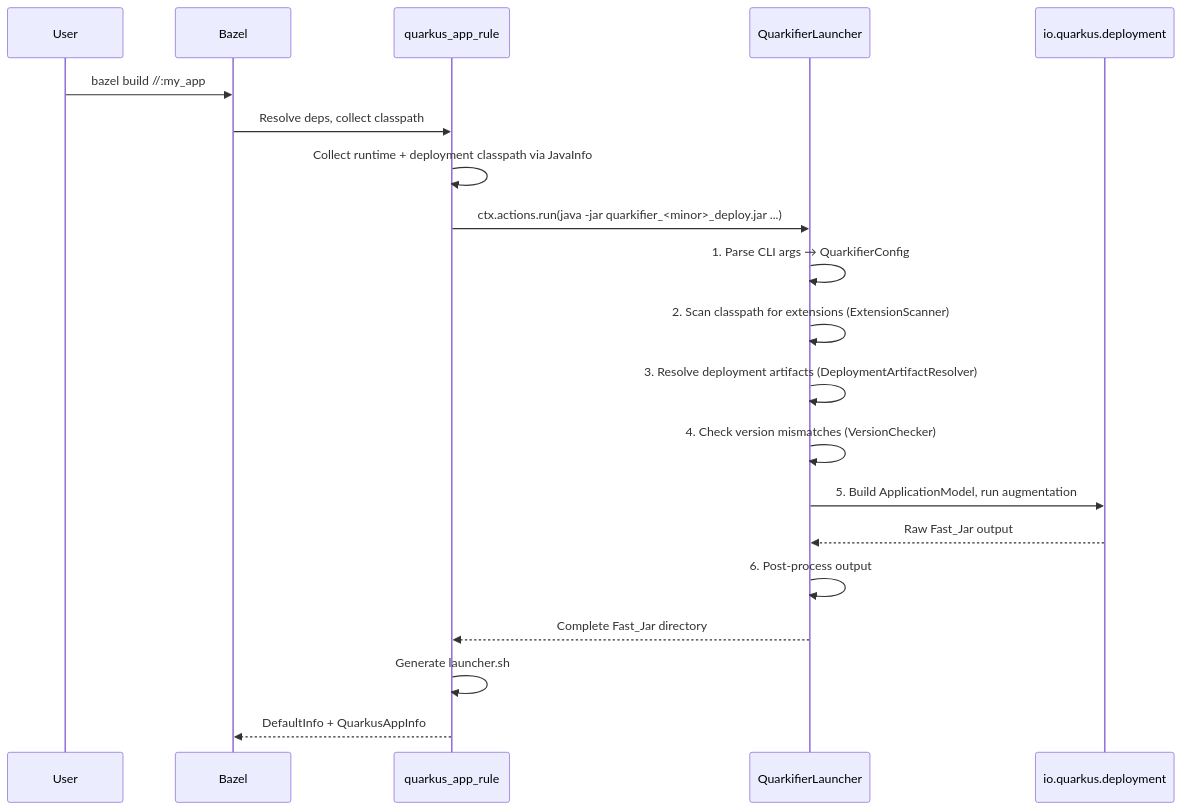
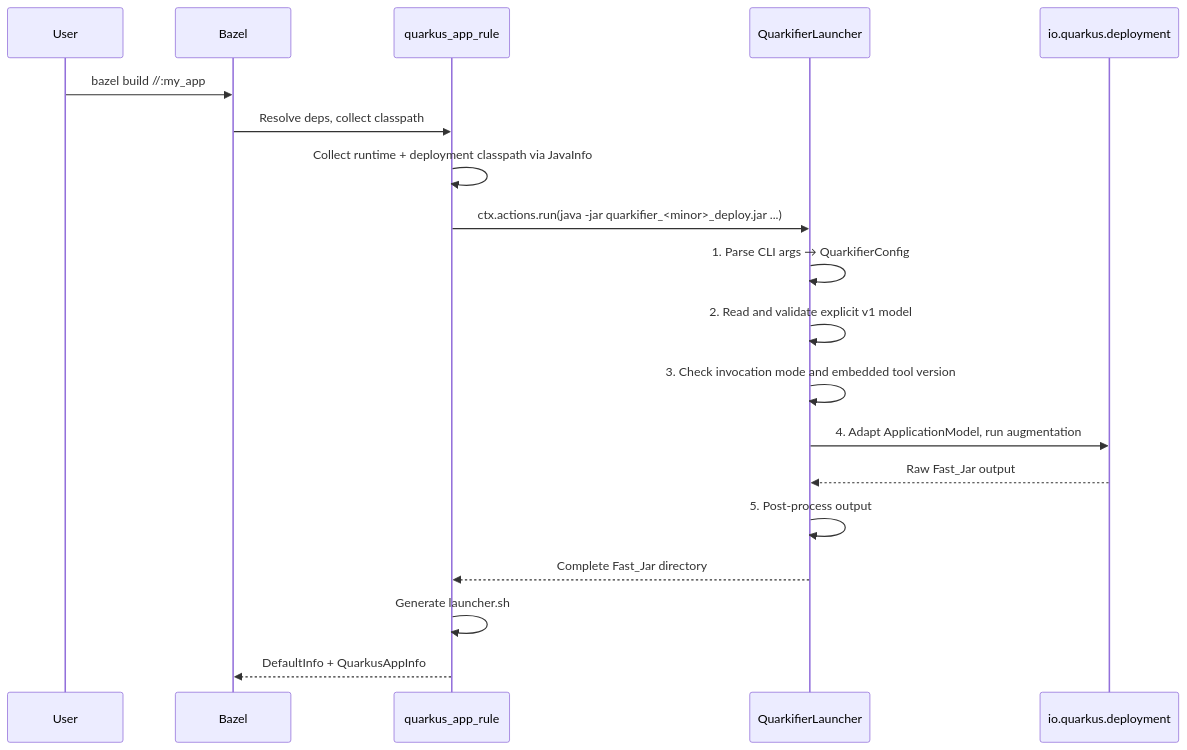
Before and after one commit to clementguillot/rules_quarkus: the second of 2 diagrams in docs/architecture.md, drawn with Mermaid. The commit also changed other lines of this file and 86 other files, not shown here.

First line of the commit message:
feat: replace inferred `ApplicationModel` with explicit Bazel dependency graph (#140)

````diff
--- a/docs/architecture.md
+++ b/docs/architecture.md
@@ -90,23 +112,22 @@
 ```mermaid
 sequenceDiagram
     participant User
     participant Bazel
     participant quarkus_app_rule
     participant Quarkifier as QuarkifierLauncher
     participant QuarkusAPI as io.quarkus.deployment
 
     User->>Bazel: bazel build //:my_app
     Bazel->>quarkus_app_rule: Resolve deps, collect classpath
     quarkus_app_rule->>quarkus_app_rule: Collect runtime + deployment classpath via JavaInfo
     quarkus_app_rule->>Quarkifier: ctx.actions.run(java -jar quarkifier_<minor>_deploy.jar ...)
     Quarkifier->>Quarkifier: 1. Parse CLI args → QuarkifierConfig
-    Quarkifier->>Quarkifier: 2. Scan classpath for extensions (ExtensionScanner)
-    Quarkifier->>Quarkifier: 3. Resolve deployment artifacts (DeploymentArtifactResolver)
-    Quarkifier->>Quarkifier: 4. Check version mismatches (VersionChecker)
-    Quarkifier->>QuarkusAPI: 5. Build ApplicationModel, run augmentation
+    Quarkifier->>Quarkifier: 2. Read and validate explicit v1 model
+    Quarkifier->>Quarkifier: 3. Check invocation mode and embedded tool version
+    Quarkifier->>QuarkusAPI: 4. Adapt ApplicationModel, run augmentation
     QuarkusAPI-->>Quarkifier: Raw Fast_Jar output
-    Quarkifier->>Quarkifier: 6. Post-process output
+    Quarkifier->>Quarkifier: 5. Post-process output
     Quarkifier-->>quarkus_app_rule: Complete Fast_Jar directory
     quarkus_app_rule->>quarkus_app_rule: Generate launcher.sh
     quarkus_app_rule-->>Bazel: DefaultInfo + QuarkusAppInfo
 ```
````
